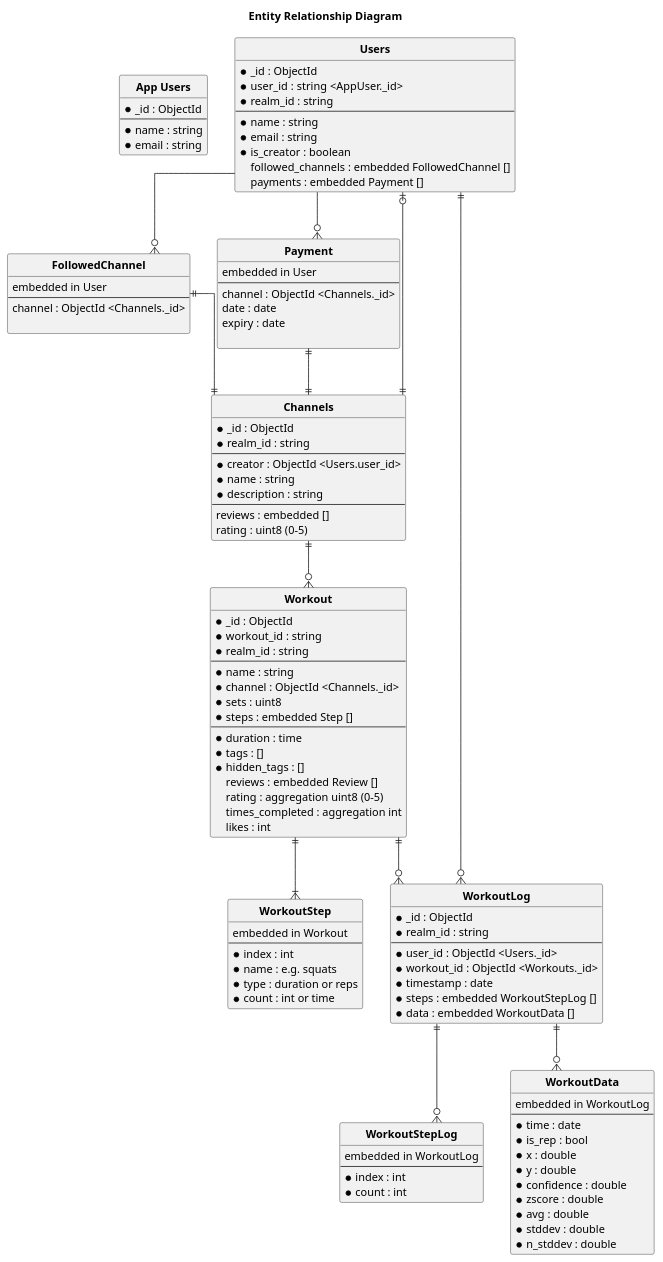
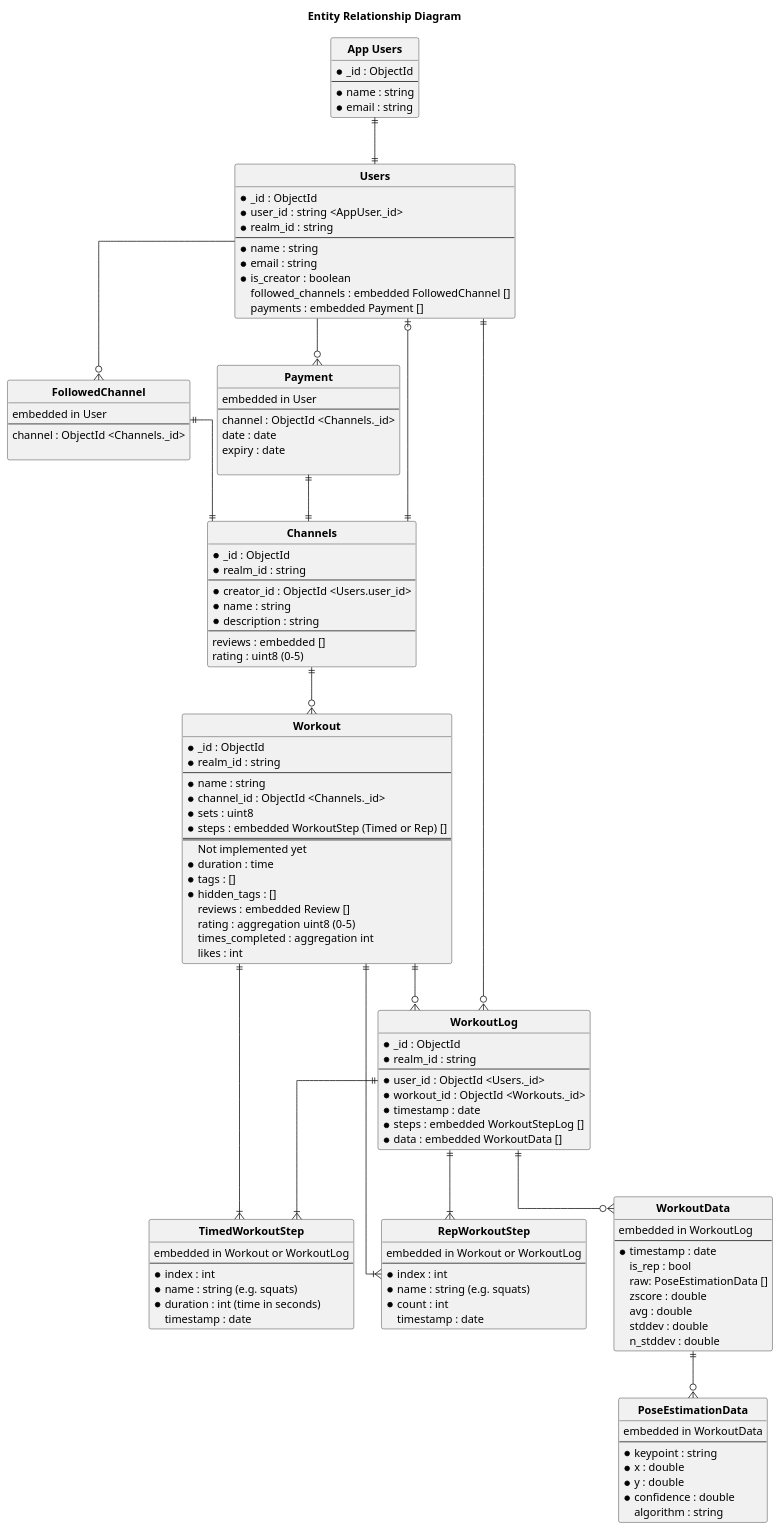
Before and after one commit to wongway/tmp-form-app: the diagram in docs/diagrams/src/data_schema.puml, drawn with PlantUML.

Commit message:
Big revision for workout data storage

```diff
--- a/docs/diagrams/src/data_schema.puml
+++ b/docs/diagrams/src/data_schema.puml
@@ -1,134 +1,149 @@
 @startuml data_schema
 
 title Entity Relationship Diagram
 ' Follows the standards in: https://plantuml.com/ie-diagram
 
 hide circle
 skinparam linetype ortho
 
 entity "**App Users**" as AppUser {
     * _id : ObjectId
     ---
     * name : string
     * email : string
 }
 
 entity "**Users**" as User {
     * _id : ObjectId
     * user_id : string <AppUser._id>
     * realm_id : string
     ---
     * name : string
     * email : string
     * is_creator : boolean
     followed_channels : embedded FollowedChannel []
     payments : embedded Payment []
 }
 
 entity "**FollowedChannel**" as FollowedChannel {
     embedded in User
     ---
     channel : ObjectId <Channels._id>
 
 }
 
 entity "**Payment**" as Payment {
     embedded in User
     ---
     channel : ObjectId <Channels._id>
     date : date
     expiry : date
 
 }
 
 entity "**Channels**" as Channel {
     * _id : ObjectId
     ' * channel_id : string
     * realm_id : string
     ---
-    * creator : ObjectId <Users.user_id>
+    * creator_id : ObjectId <Users.user_id>
     * name : string
     * description : string
     ---
     reviews : embedded []
     rating : uint8 (0-5)
 }
 
 entity "**Workout**" as Workout {
     * _id : ObjectId
-    * workout_id : string
     * realm_id : string
     ---
     * name : string
-    * channel : ObjectId <Channels._id>
+    * channel_id : ObjectId <Channels._id>
     * sets : uint8
-    * steps : embedded Step []
-    ---
+    * steps : embedded WorkoutStep (Timed or Rep) []
+    ===
+    Not implemented yet
     * duration : time
     * tags : []
     * hidden_tags : []
     reviews : embedded Review []
     rating : aggregation uint8 (0-5)
     times_completed : aggregation int
     likes : int
 }
 
 ' TODO: Probably want some sort of enum for type
-entity "**WorkoutStep**" as Step {
-    embedded in Workout
+entity "**RepWorkoutStep**" as RepWorkoutStep {
+    embedded in Workout or WorkoutLog
     ---
     * index : int
-    * name : e.g. squats
-    * type : duration or reps
-    * count : int or time
+    * name : string (e.g. squats)
+    * count : int
+    timestamp : date
+}
+
+entity "**TimedWorkoutStep**" as TimedWorkoutStep {
+    embedded in Workout or WorkoutLog
+    ---
+    * index : int
+    * name : string (e.g. squats)
+    * duration : int (time in seconds)
+    timestamp : date
 }
 
 entity "**WorkoutLog**" as WorkoutLog {
     * _id : ObjectId
     * realm_id : string
     ---
     * user_id : ObjectId <Users._id>
     * workout_id : ObjectId <Workouts._id>
     * timestamp : date
     * steps : embedded WorkoutStepLog []
     * data : embedded WorkoutData []
 }
 
-entity "**WorkoutStepLog**" as WorkoutLogStep {
-    embedded in WorkoutLog
-    ---
-    * index : int
-    * count : int
-}
-
 entity "**WorkoutData**" as WorkoutData {
     embedded in WorkoutLog
     ---
-    * time : date
-    * is_rep : bool
+    * timestamp : date
+    is_rep : bool
+    raw: PoseEstimationData []
+    zscore : double
+    avg : double
+    stddev : double
+    n_stddev : double
+}
+
+entity "**PoseEstimationData**" as PoseEstimationData {
+    embedded in WorkoutData
+    ---
+    * keypoint : string 
     * x : double
     * y : double
     * confidence : double
-    * zscore : double
-    * avg : double
-    * stddev : double
-    * n_stddev : double
+    algorithm : string
 }
 
-Workout ||--|{ Step
+AppUser ||--|| User
+
+Workout ||--|{ TimedWorkoutStep
+Workout ||--|{ RepWorkoutStep
 Workout ||--o{ WorkoutLog
 
-WorkoutLog ||--o{ WorkoutLogStep
+WorkoutLog ||--|{ TimedWorkoutStep
+WorkoutLog ||--|{ RepWorkoutStep
 
 User ||--o{ WorkoutLog
 User --o{ FollowedChannel
 User --o{ Payment
 
 FollowedChannel ||--|| Channel
 Payment ||--|| Channel
 
 Channel ||--o| User
 Channel ||--o{ Workout
 WorkoutLog ||--o{ WorkoutData
+WorkoutData ||--o{ PoseEstimationData
 
 @enduml
```
